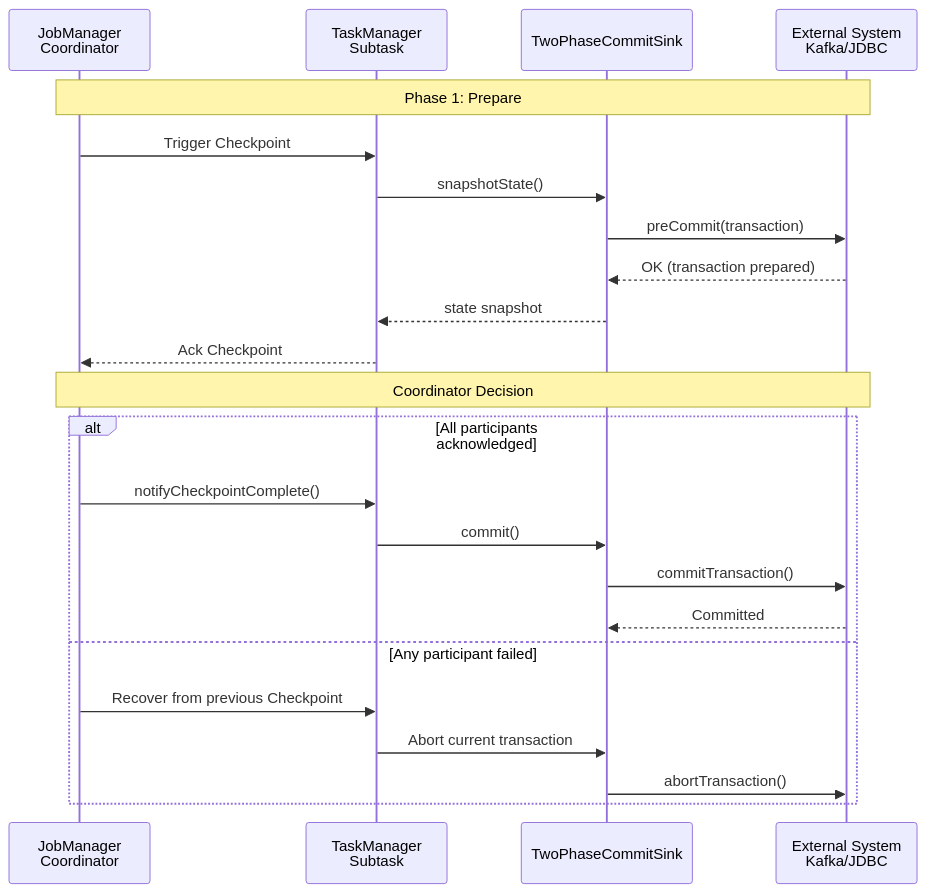
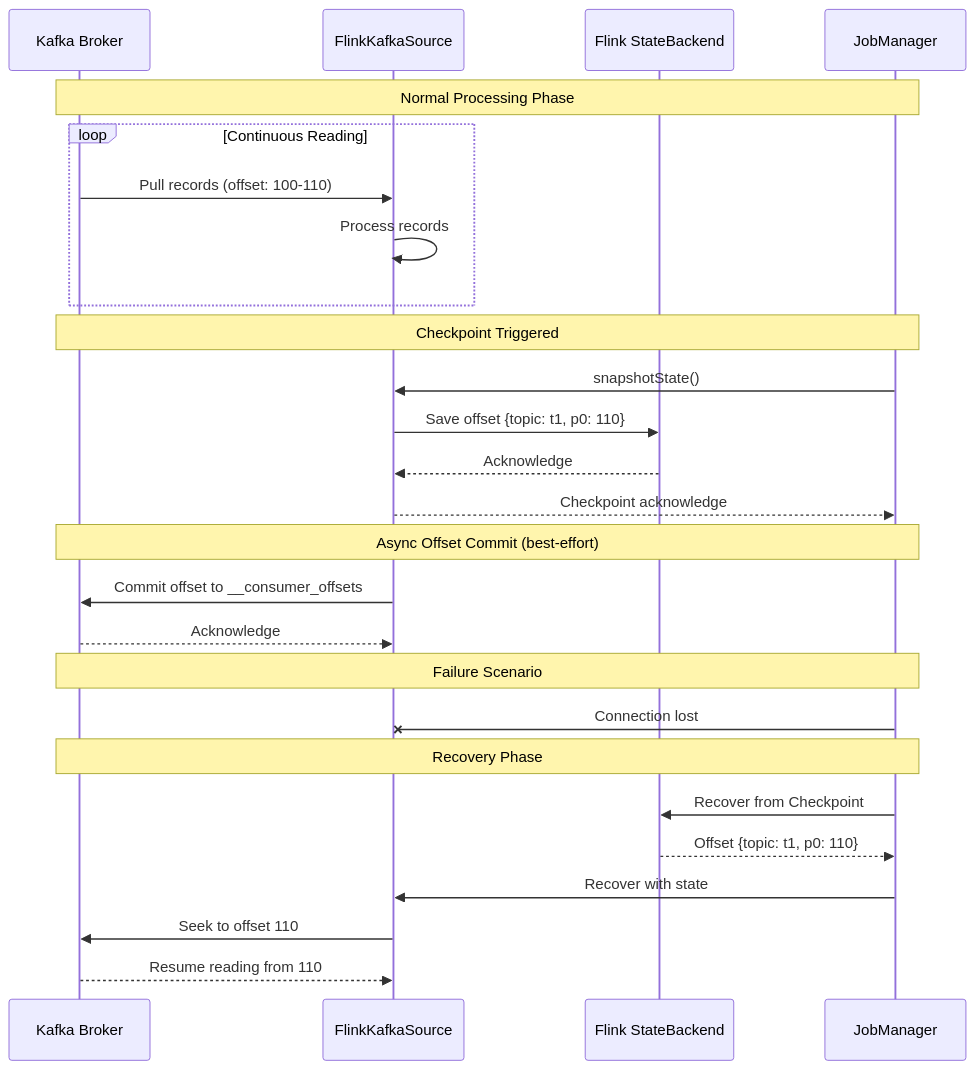
Before and after one commit to AdaMartin18010/AnalysisDataFlow: the first of 6 diagrams in i18n/en/Flink/02-core/exactly-once-end-to-end-en.md, drawn with Mermaid. The commit also changed other lines of this file and 679 other files, not shown here.

````diff
--- a/i18n/en/Flink/02-core/exactly-once-end-to-end-en.md
+++ b/i18n/en/Flink/02-core/exactly-once-end-to-end-en.md
@@ -193,27 +144,33 @@
 ```mermaid
 sequenceDiagram
-    participant JM as JobManager<br/>Coordinator
-    participant TM as TaskManager<br/>Subtask
-    participant Sink as TwoPhaseCommitSink
-    participant Ext as External System<br/>Kafka/JDBC
+    participant Kafka as Kafka Broker
+    participant Source as FlinkKafkaSource
+    participant State as Flink StateBackend
+    participant JM as JobManager
 
-    Note over JM,Ext: Phase 1: Prepare
-    JM->>TM: Trigger Checkpoint
-    TM->>Sink: snapshotState()
-    Sink->>Ext: preCommit(transaction)
-    Ext-->>Sink: OK (transaction prepared)
-    Sink-->>TM: state snapshot
-    TM-->>JM: Ack Checkpoint
+    Note over Kafka,JM: Normal Processing Phase
+    loop Continuous Reading
+        Kafka->>Source: Pull records (offset: 100-110)
+        Source->>Source: Process records
+    end
 
-    Note over JM,Ext: Coordinator Decision
-    alt All participants acknowledged
-        JM->>TM: notifyCheckpointComplete()
-        TM->>Sink: commit()
-        Sink->>Ext: commitTransaction()
-        Ext-->>Sink: Committed
-    else Any participant failed
-        JM->>TM: Recover from previous Checkpoint
-        TM->>Sink: Abort current transaction
-        Sink->>Ext: abortTransaction()
-    end
+    Note over Kafka,JM: Checkpoint Triggered
+    JM->>Source: snapshotState()
+    Source->>State: Save offset {topic: t1, p0: 110}
+    State-->>Source: Acknowledge
+    Source-->>JM: Checkpoint acknowledge
+
+    Note over Kafka,JM: Async Offset Commit (best-effort)
+    Source->>Kafka: Commit offset to __consumer_offsets
+    Kafka-->>Source: Acknowledge
+
+    Note over Kafka,JM: Failure Scenario
+    JM-xSource: Connection lost
+
+    Note over Kafka,JM: Recovery Phase
+    JM->>State: Recover from Checkpoint
+    State-->>JM: Offset {topic: t1, p0: 110}
+    JM->>Source: Recover with state
+    Source->>Kafka: Seek to offset 110
+    Kafka-->>Source: Resume reading from 110
 ```
````
